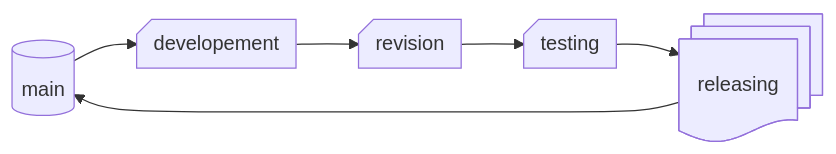
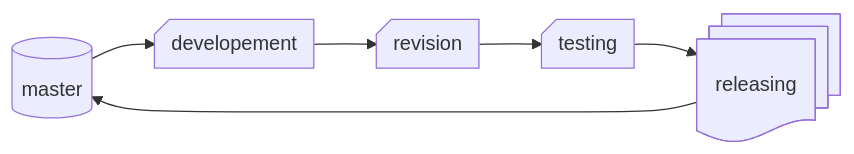
The first of 3 diagrams in docs/infographics/branch-movement-procedures.md (Sarverott/blacksmith-organizing-system), drawn with Mermaid before and after one commit. The commit also changed other lines of this file and 61 other files, not shown here.

````diff
--- a/docs/infographics/branch-movement-procedures.md
+++ b/docs/infographics/branch-movement-procedures.md
@@ -12,15 +12,15 @@
 ```mermaid
 
 flowchart LR
-	A@{ shape: cyl, label: "main" }
+	A@{ shape: cyl, label: "master" }
 	B@{ shape: notch-rect, label: "developement" }
 	C@{ shape: notch-rect, label: "revision" }
 	D@{ shape: notch-rect, label: "testing" }
 	E@{ shape: docs, label: "releasing" }
 	A-->B;
 	B-->C;
 	C-->D;
 	D-->E;
 	E-->A;
 
 ```
````
